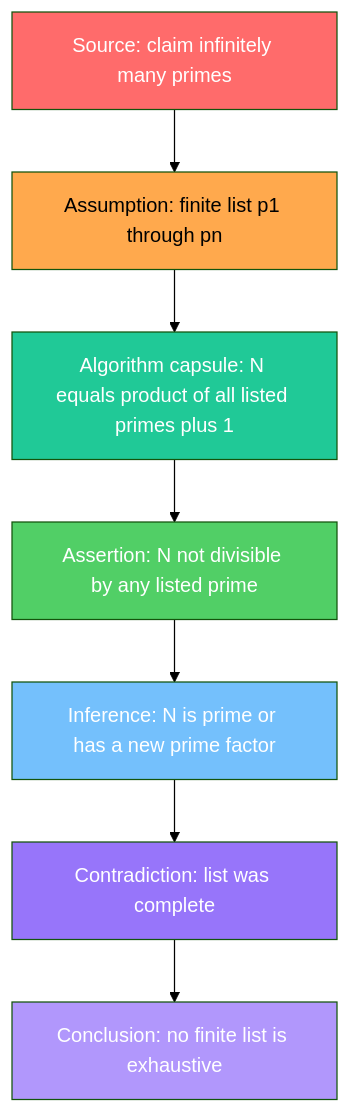
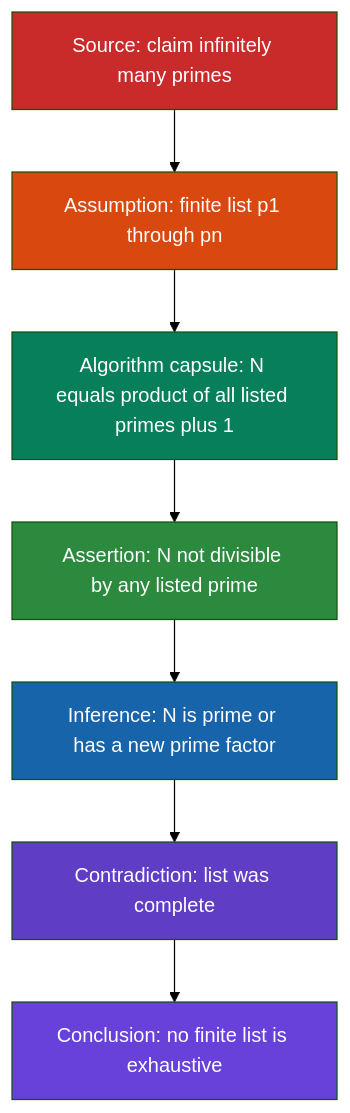
One commit to garywelz/progframe changed the third of 8 diagrams in collaborations/mathematics-database/algorithms-axiomatic-theories-proofs-revised.md. Above: the diagram before and after it, drawn with Mermaid (forest theme). The commit also changed other lines of this file and 13 other files, not shown here.

First line of the commit message:
Improve figure contrast and label size in math paper PDF

````diff
--- a/collaborations/mathematics-database/algorithms-axiomatic-theories-proofs-revised.md
+++ b/collaborations/mathematics-database/algorithms-axiomatic-theories-proofs-revised.md
@@ -268,18 +268,18 @@
 ```mermaid
 flowchart TD
     A["Source: claim infinitely many primes"]
     B["Assumption: finite list p1 through pn"]
     C["Algorithm capsule: N equals product of all listed primes plus 1"]
     D["Assertion: N not divisible by any listed prime"]
     E["Inference: N is prime or has a new prime factor"]
     F["Contradiction: list was complete"]
     G["Conclusion: no finite list is exhaustive"]
     A --> B --> C --> D --> E --> F --> G
-    style A fill:#ff6b6b,color:#fff
-    style B fill:#ffa94d,color:#000
-    style C fill:#20c997,color:#fff
-    style D fill:#51cf66,color:#fff
-    style E fill:#74c0fc,color:#fff
-    style F fill:#9775fa,color:#fff
-    style G fill:#b197fc,color:#fff
+    style A fill:#c92a2a,color:#fff
+    style B fill:#d9480f,color:#fff
+    style C fill:#087f5b,color:#fff
+    style D fill:#2b8a3e,color:#fff
+    style E fill:#1864ab,color:#fff
+    style F fill:#5f3dc4,color:#fff
+    style G fill:#6741d9,color:#fff
 ```
````
